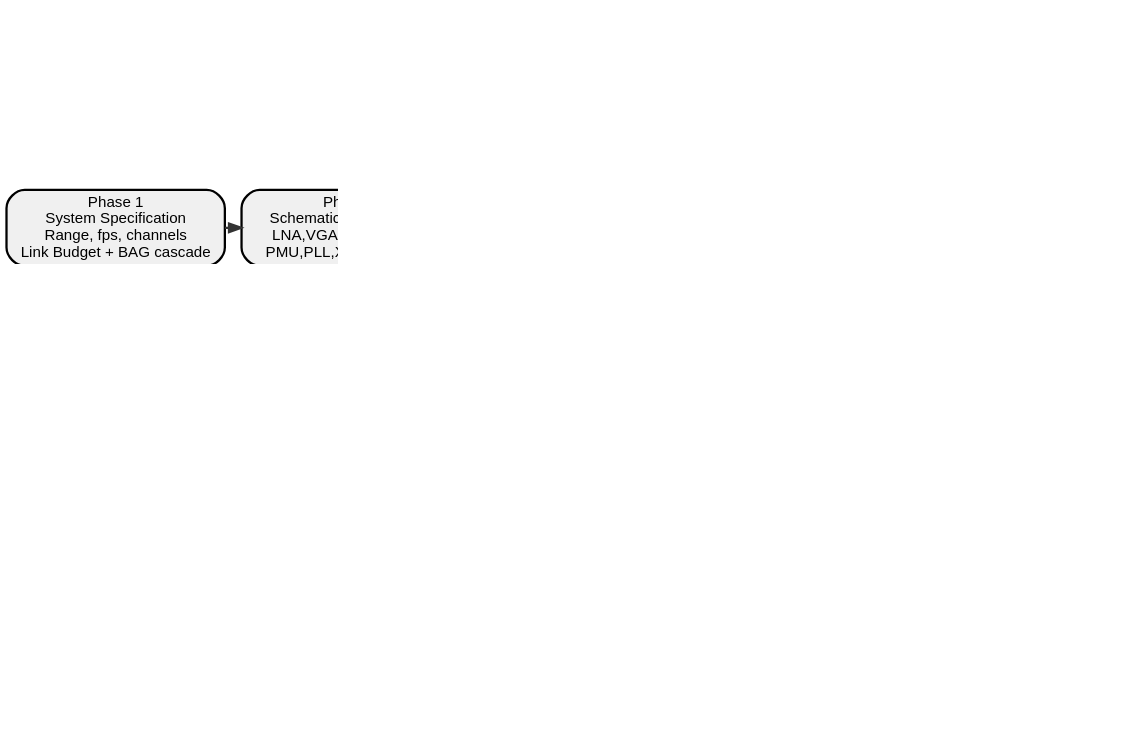
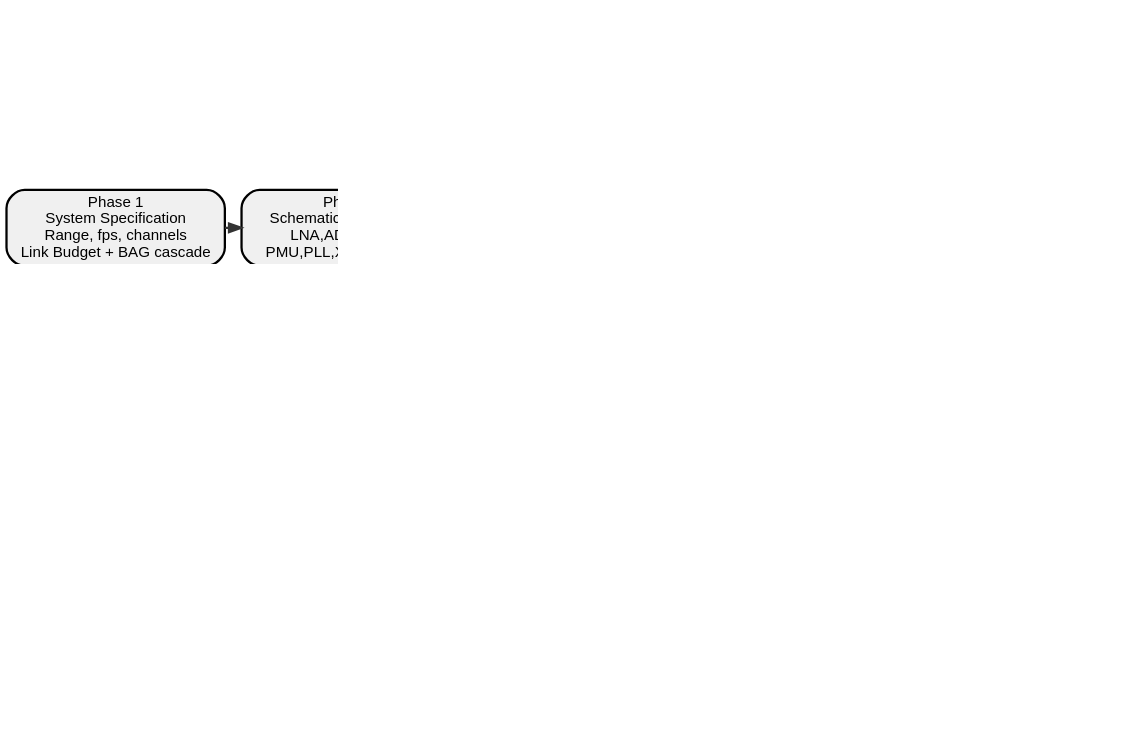
One commit to wuhannus/lunahan_ultrasound_ASIC changed the diagram in figures_graphviz/fig1_final.dot. Above: the diagram before and after it, drawn with Graphviz. The commit also changed 28 other files, not shown here.

First line of the commit message:
Remove BPF/VGA from system architecture: LNA feeds SAR ADC directly

```diff
--- a/figures_graphviz/fig1_final.dot
+++ b/figures_graphviz/fig1_final.dot
@@ -1,27 +1,27 @@
 digraph G {
     dpi=250;
     fontname="Helvetica";
     bgcolor=white;
     size="7.5,5.625";
     ratio=fill;
     pad=0.05;
     nodesep=0.15;
     ranksep=0.2;
     node [shape=box, style="rounded,filled", fontname="Helvetica", fontsize=10, penwidth=1.5, margin="0.06,0.04"];
     edge [fontname="Helvetica", fontsize=8, penwidth=1.5, arrowsize=0.8, color="#333333"];
 
     rankdir=TB;
     label="Six-Phase Open-Source Mixed-Signal ASIC Design Flow";
     labelloc=t; fontsize=11;
     p1 [label="Phase 1\nSystem Specification\nRange, fps, channels\nLink Budget + BAG cascade", width=2.0, fillcolor="#f0f0f0"];
-    p2 [label="Phase 2\nSchematic + Pre-Layout\nLNA,VGA,ADC,UERTX\nPMU,PLL,Xyce,5 corners", width=2.0, fillcolor="#f0f0f0"];
+    p2 [label="Phase 2\nSchematic + Pre-Layout\nLNA,ADC,UERTX\nPMU,PLL,Xyce,5 corners", width=2.0, fillcolor="#f0f0f0"];
     p3 [label="Phase 3\nDigital RTL+Verification\nRISC-V,Peripherals\nPV-RXBF,Verilator,51K", width=2.0, fillcolor="#f0f0f0"];
     p4 [label="Phase 4\nLayout+DRC/LVS\nParam placement\nYosys+OpenROAD,5-metal", width=2.0, fillcolor="#f0f0f0"];
     p5 [label="Phase 5\nPost-Layout PEX\nParasitic extraction\nRe-sim with R+C", width=2.0, fillcolor="#f0f0f0"];
     p6 [label="Phase 6\nSystem Verification\n6 scenarios co-sim\nvs JSSC 2022 specs", width=2.0, fillcolor="#f0f0f0"];
     { rank=same; p1; p2; p3; }
     { rank=same; p4; p5; p6; }
     p1->p2; p2->p3; p3->p4; p4->p5; p5->p6;
     p6->p1 [color="#cc3333", style=dashed, constraint=false, fontcolor="#cc3333", fontsize=8];
 
 }
```
